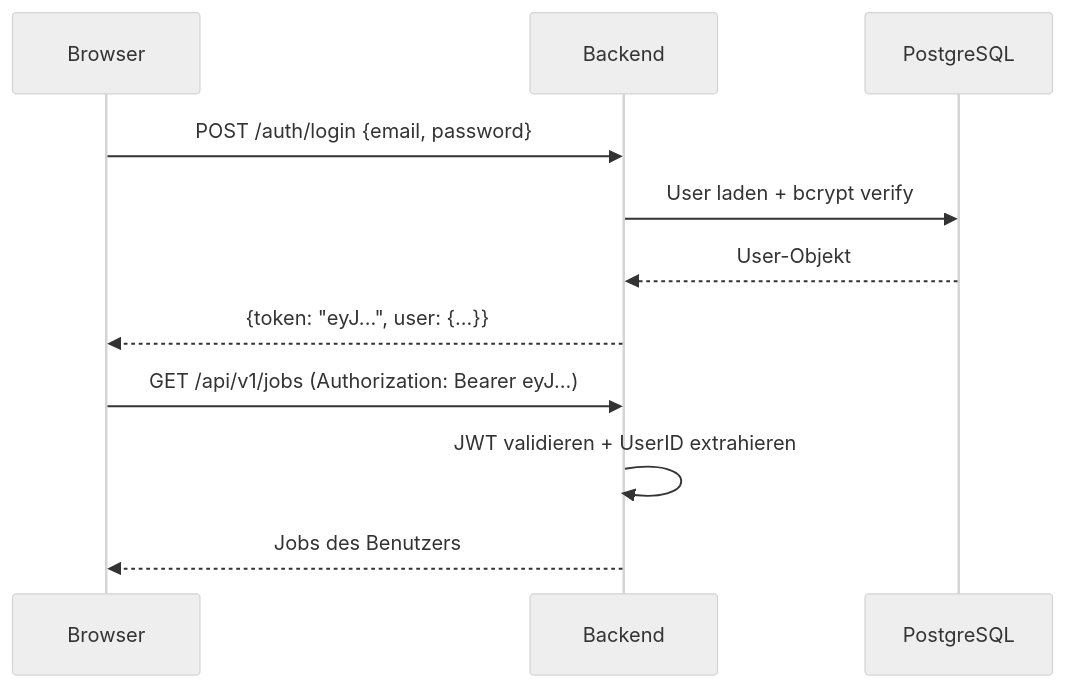
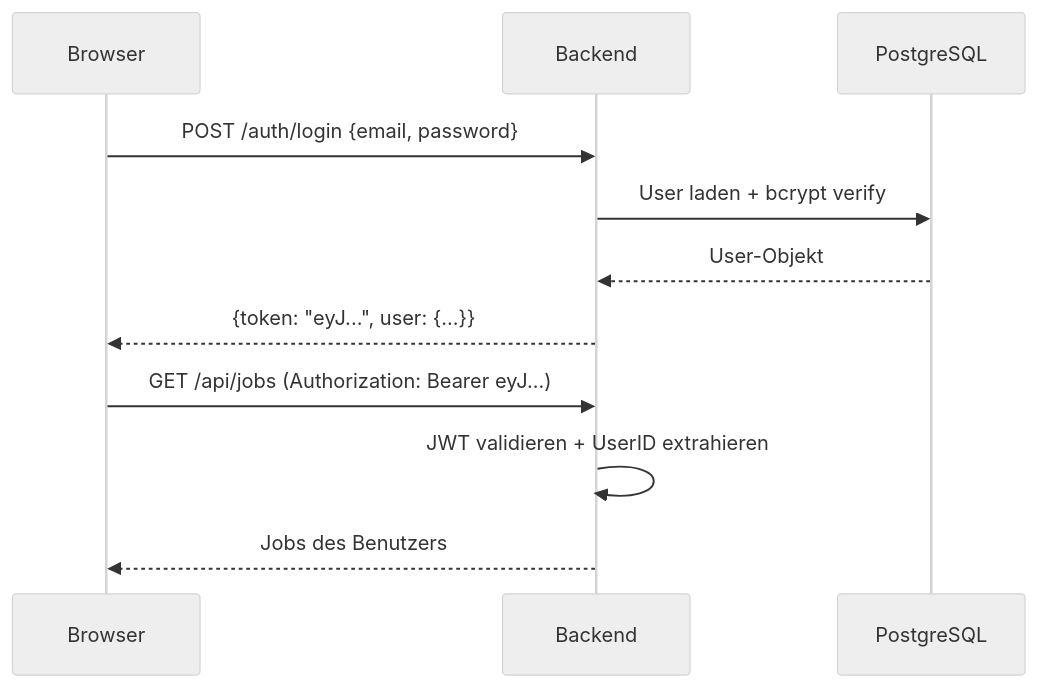
Before and after one commit to stefanposs/file-flux: the diagram in assets/mkdocs/guide/security.md, drawn with Mermaid (neutral theme). The commit also changed 26 other files, not shown here.

````diff
--- a/assets/mkdocs/guide/security.md
+++ b/assets/mkdocs/guide/security.md
@@ -15,14 +15,14 @@
 ```mermaid
 sequenceDiagram
     participant U as Browser
     participant B as Backend
     participant DB as PostgreSQL
 
     U->>B: POST /auth/login {email, password}
     B->>DB: User laden + bcrypt verify
     DB-->>B: User-Objekt
     B-->>U: {token: "eyJ...", user: {...}}
-    U->>B: GET /api/v1/jobs (Authorization: Bearer eyJ...)
+    U->>B: GET /api/jobs (Authorization: Bearer eyJ...)
     B->>B: JWT validieren + UserID extrahieren
     B-->>U: Jobs des Benutzers
 ```
````
